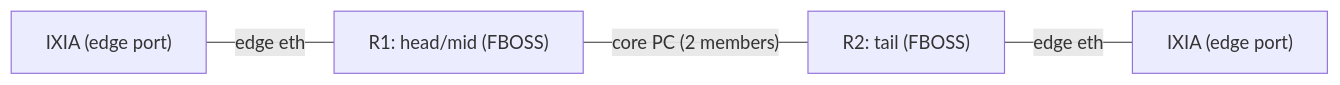
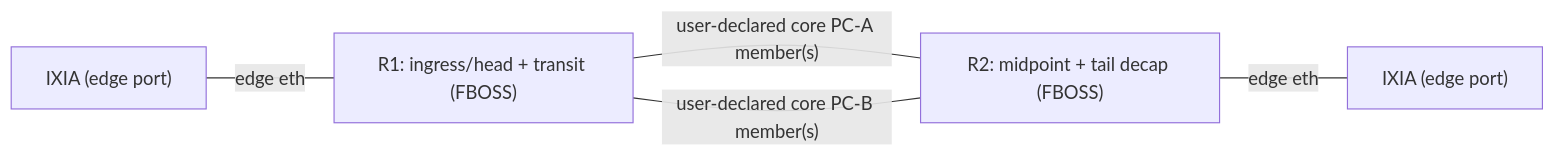
One commit to facebook/DNE-TaaC changed the diagram in examples/README_rbb_srv6.md. Above: the diagram before and after it, drawn with Mermaid. The commit also changed other lines of this file and 70 other files, not shown here.

````diff
--- a/examples/README_rbb_srv6.md
+++ b/examples/README_rbb_srv6.md
@@ -109,11 +315,12 @@
 ```mermaid
 flowchart LR
     ixr1["IXIA (edge port)"]
-    r1["R1: head/mid (FBOSS)"]
-    r2["R2: tail (FBOSS)"]
+    r1["R1: ingress/head + transit (FBOSS)"]
+    r2["R2: midpoint + tail decap (FBOSS)"]
     ixr2["IXIA (edge port)"]
 
     ixr1 ---|"edge eth"| r1
-    r1 ---|"core PC (2 members)"| r2
+    r1 ---|"user-declared core PC-A member(s)"| r2
+    r1 ---|"user-declared core PC-B member(s)"| r2
     r2 ---|"edge eth"| ixr2
 ```
````
